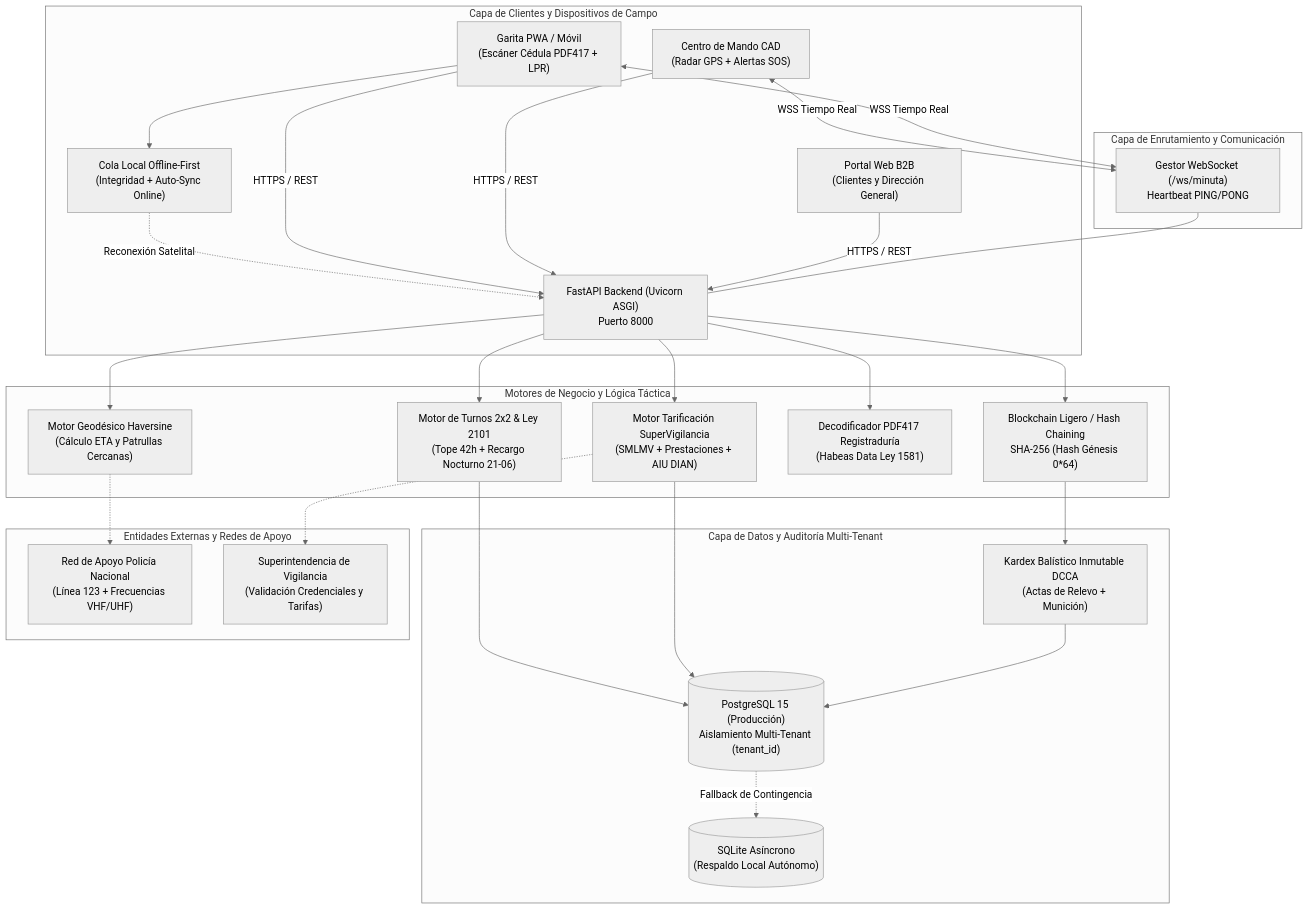
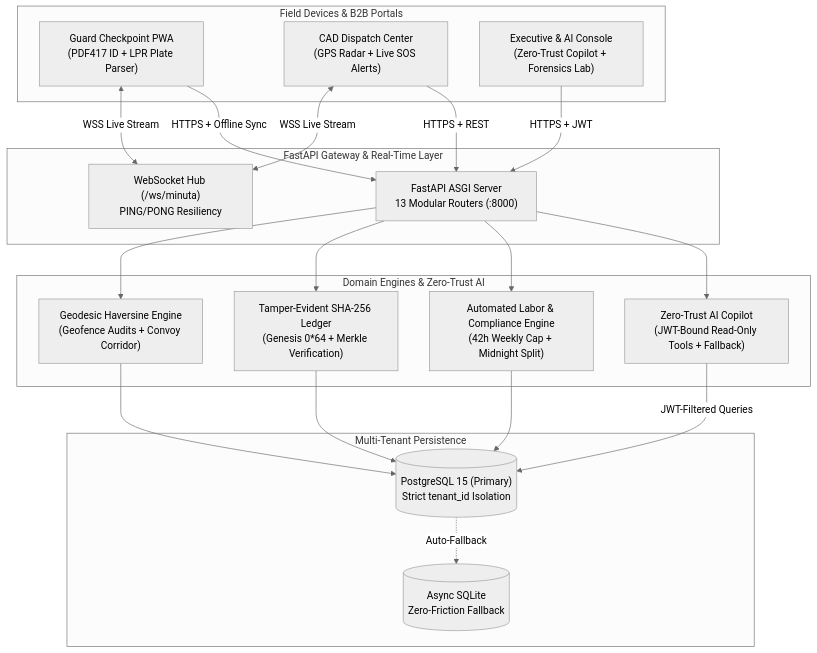
Before and after one commit to KievDxD/Sentinel-Ops: the diagram in README.md, drawn with Mermaid (neutral theme). The commit also changed other lines of this file and 13 other files, not shown here.

````diff
--- a/README.md
+++ b/README.md
@@ -79,57 +37,42 @@
 ```mermaid
 flowchart TD
-    subgraph CLIENTES["Capa de Clientes y Dispositivos de Campo"]
-        PWA["Garita PWA / Móvil\n(Escáner Cédula PDF417 + LPR)"]
-        CAD["Centro de Mando CAD\n(Radar GPS + Alertas SOS)"]
-        PORTAL["Portal Web B2B\n(Clientes y Dirección General)"]
-        COLA_OFFLINE["Cola Local Offline-First\n(Integridad + Auto-Sync Online)"]
-        PWA --> COLA_OFFLINE
-        COLA_OFFLINE -.->|Reconexión Satelital| API_GATEWAY
+    subgraph CLIENTS["Field Devices & B2B Portals"]
+        PWA["Guard Checkpoint PWA\n(PDF417 ID + LPR Plate Parser)"]
+        CAD["CAD Dispatch Center\n(GPS Radar + Live SOS Alerts)"]
+        COPILOT_UI["Executive & AI Console\n(Zero-Trust Copilot + Forensics Lab)"]
     end
 
-    subgraph INGRESS["Capa de Enrutamiento y Comunicación"]
-        API_GATEWAY["FastAPI Backend (Uvicorn ASGI)\nPuerto 8000"]
-        WS_HUB["Gestor WebSocket (/ws/minuta)\nHeartbeat PING/PONG"]
+    subgraph GATEWAY["FastAPI Gateway & Real-Time Layer"]
+        API["FastAPI ASGI Server\n13 Modular Routers (:8000)"]
+        WS["WebSocket Hub (/ws/minuta)\nPING/PONG Resiliency"]
     end
 
-    subgraph MOTORES["Motores de Negocio y Lógica Táctica"]
-        MOTOR_TURNOS["Motor de Turnos 2x2 & Ley 2101\n(Tope 42h + Recargo Nocturno 21-06)"]
-        MOTOR_TARIFA["Motor Tarificación SuperVigilancia\n(SMLMV + Prestaciones + AIU DIAN)"]
-        MOTOR_HASH["Blockchain Ligero / Hash Chaining\nSHA-256 (Hash Génesis 0*64)"]
-        DECOD_CEDULA["Decodificador PDF417 Registraduría\n(Habeas Data Ley 1581)"]
-        CAD_ENGINE["Motor Geodésico Haversine\n(Cálculo ETA y Patrullas Cercanas)"]
+    subgraph ENGINES["Domain Engines & Zero-Trust AI"]
+        COPILOT["Zero-Trust AI Copilot\n(JWT-Bound Read-Only Tools + Fallback)"]
+        LABOR["Automated Labor & Compliance Engine\n(42h Weekly Cap + Midnight Split)"]
+        LEDGER["Tamper-Evident SHA-256 Ledger\n(Genesis 0*64 + Merkle Verification)"]
+        GEO["Geodesic Haversine Engine\n(Geofence Audits + Convoy Corridor)"]
     end
 
-    subgraph PERSISTENCIA["Capa de Datos y Auditoría Multi-Tenant"]
-        PG_DB[("PostgreSQL 15 (Producción)\nAislamiento Multi-Tenant (tenant_id)")]
-        SQLITE_DB[("SQLite Asíncrono\n(Respaldo Local Autónomo)")]
-        LIBRO_INDUMIL["Kardex Balístico Inmutable DCCA\n(Actas de Relevo + Munición)"]
+    subgraph STORAGE["Multi-Tenant Persistence"]
+        PG[("PostgreSQL 15 (Primary)\nStrict tenant_id Isolation")]
+        SQLITE[("Async SQLite\nZero-Friction Fallback")]
     end
 
-    subgraph INTEGRACIONES["Entidades Externas y Redes de Apoyo"]
-        PONAL["Red de Apoyo Policía Nacional\n(Línea 123 + Frecuencias VHF/UHF)"]
-        SUPERVIGILANCIA["Superintendencia de Vigilancia\n(Validación Credenciales y Tarifas)"]
-    end
+    PWA -->|HTTPS + Offline Sync| API
+    CAD -->|HTTPS + REST| API
+    COPILOT_UI -->|HTTPS + JWT| API
+    CAD <-->|WSS Live Stream| WS
+    PWA <-->|WSS Live Stream| WS
 
-    PWA -->|HTTPS / REST| API_GATEWAY
-    CAD -->|HTTPS / REST| API_GATEWAY
-    PORTAL -->|HTTPS / REST| API_GATEWAY
-    CAD <-->|WSS Tiempo Real| WS_HUB
-    PWA <-->|WSS Tiempo Real| WS_HUB
-    WS_HUB --- API_GATEWAY
+    API --> COPILOT
+    API --> LABOR
+    API --> LEDGER
+    API --> GEO
 
-    API_GATEWAY --> MOTOR_TURNOS
-    API_GATEWAY --> MOTOR_TARIFA
-    API_GATEWAY --> MOTOR_HASH
-    API_GATEWAY --> DECOD_CEDULA
-    API_GATEWAY --> CAD_ENGINE
-
-    MOTOR_HASH --> LIBRO_INDUMIL
-    MOTOR_TURNOS --> PG_DB
-    MOTOR_TARIFA --> PG_DB
-    LIBRO_INDUMIL --> PG_DB
-    PG_DB -.->|Fallback de Contingencia| SQLITE_DB
-
-    CAD_ENGINE -.-> PONAL
-    MOTOR_TARIFA -.-> SUPERVIGILANCIA
+    COPILOT -->|JWT-Filtered Queries| PG
+    LABOR --> PG
+    LEDGER --> PG
+    GEO --> PG
+    PG -.->|Auto-Fallback| SQLITE
 ```
````
